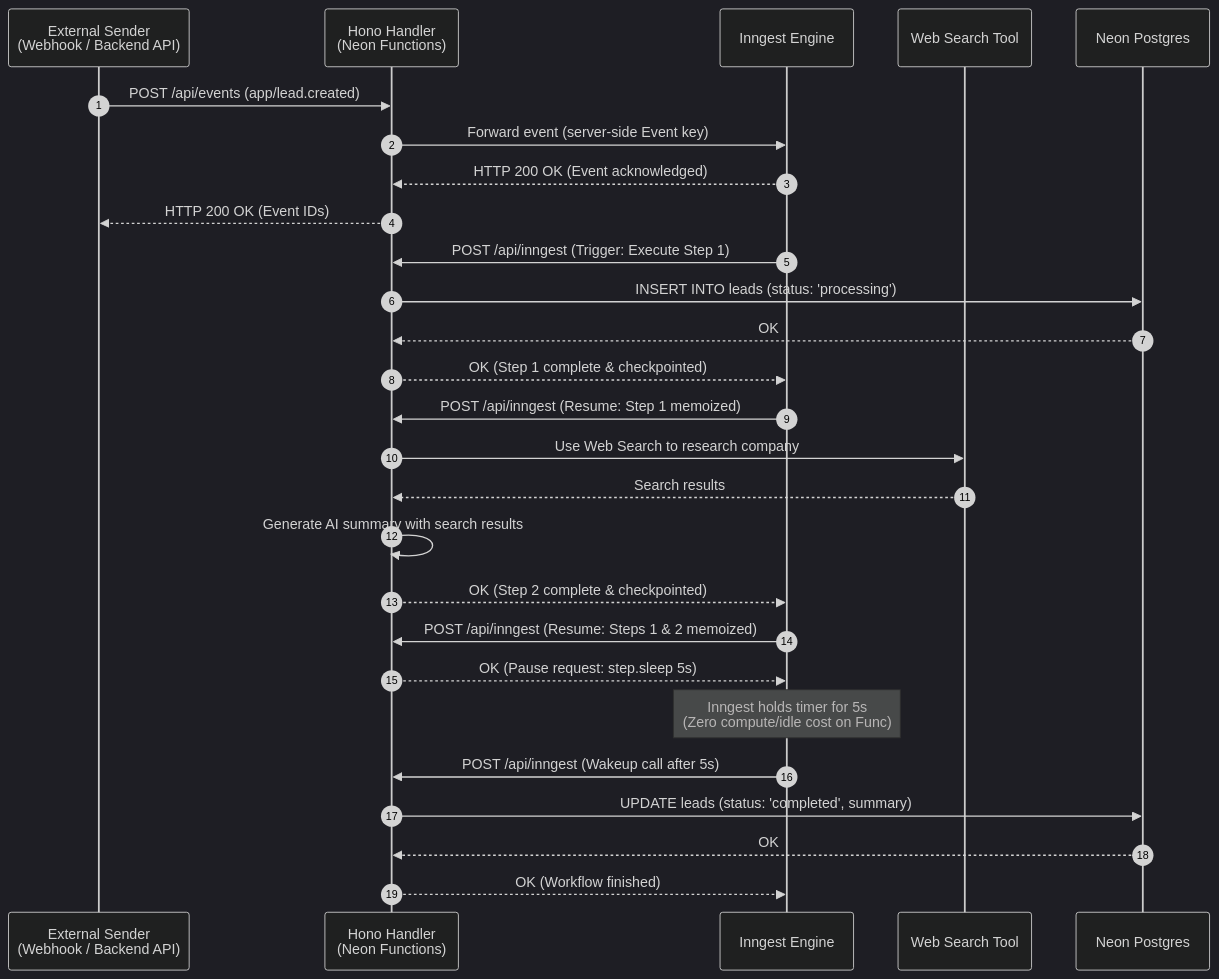
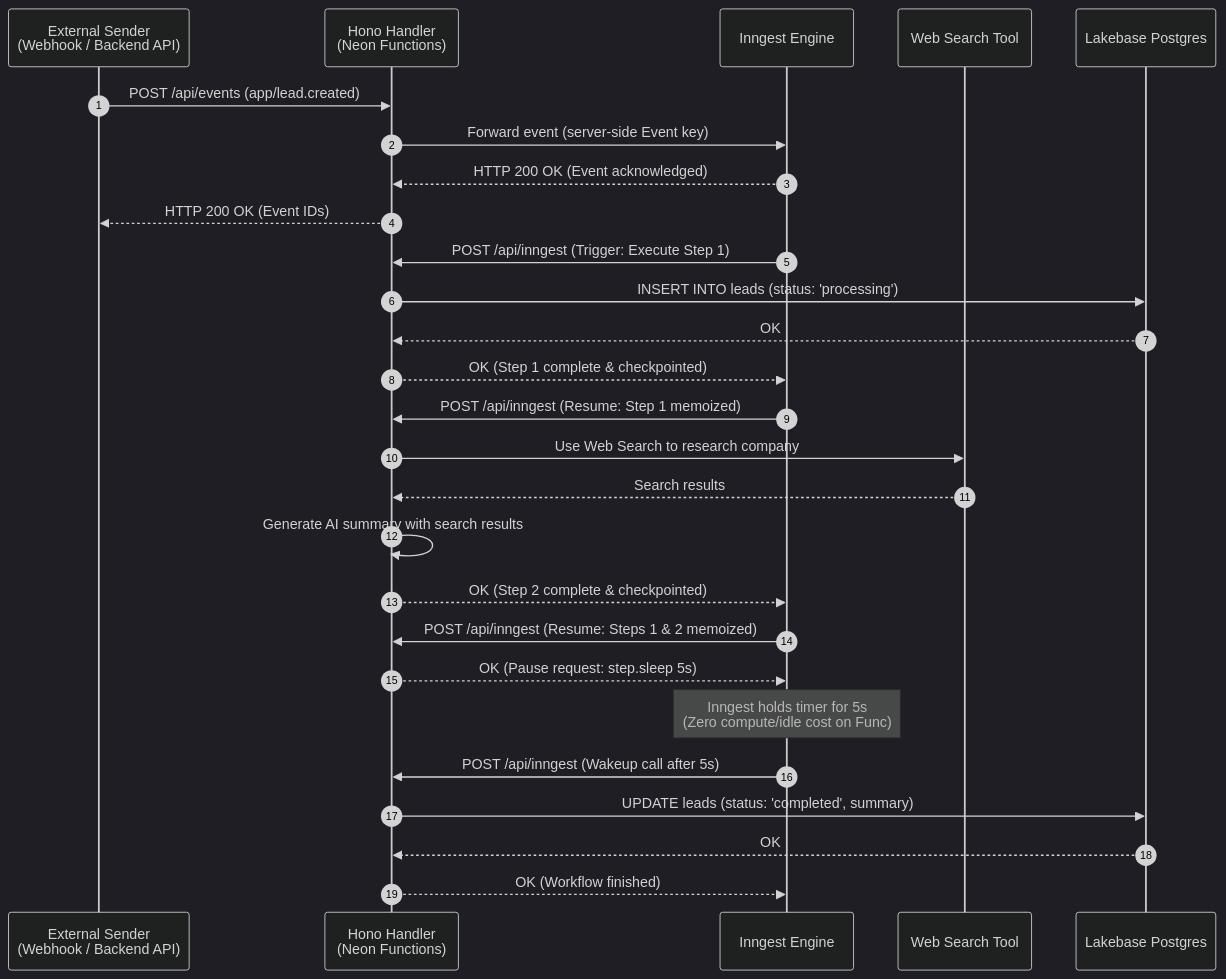
One commit to neondatabase/website changed the diagram in content/guides/durable-workflow-on-neon-functions.md. Above: the diagram before and after it, drawn with Mermaid (dark theme). The commit also changed other lines of this file and 176 other files, not shown here.

````diff
--- a/content/guides/durable-workflow-on-neon-functions.md
+++ b/content/guides/durable-workflow-on-neon-functions.md
@@ -35,40 +35,40 @@
 ```mermaid
 sequenceDiagram
     autonumber
     participant App as External Sender<br/>(Webhook / Backend API)
     participant Func as Hono Handler<br/>(Neon Functions)
     participant Inngest as Inngest Engine
     participant Search as Web Search Tool
-    participant DB as Neon Postgres
+    participant DB as Lakebase Postgres
 
     %% 1. Client sends event to proxy endpoint
     App->>Func: POST /api/events (app/lead.created)
     Func->>Inngest: Forward event (server-side Event key)
     Inngest-->>Func: HTTP 200 OK (Event acknowledged)
     Func-->>App: HTTP 200 OK (Event IDs)
 
     %% 2. Step 1: Save Lead
     Inngest->>Func: POST /api/inngest (Trigger: Execute Step 1)
     Func->>DB: INSERT INTO leads (status: 'processing')
     DB-->>Func: OK
     Func-->>Inngest: OK (Step 1 complete & checkpointed)
 
     %% 3. Step 2: Web Search + AI Summary
     Inngest->>Func: POST /api/inngest (Resume: Step 1 memoized)
     Func->>Search: Use Web Search to research company
     Search-->>Func: Search results
     Func->>Func: Generate AI summary with search results
     Func-->>Inngest: OK (Step 2 complete & checkpointed)
 
     %% 4. Step 3: Sleep Handshake
     Inngest->>Func: POST /api/inngest (Resume: Steps 1 & 2 memoized)
     Func-->>Inngest: OK (Pause request: step.sleep 5s)
 
     Note over Inngest: Inngest holds timer for 5s<br/>(Zero compute/idle cost on Func)
 
     %% 5. Step 4: Resume & Update DB
     Inngest->>Func: POST /api/inngest (Wakeup call after 5s)
     Func->>DB: UPDATE leads (status: 'completed', summary)
     DB-->>Func: OK
     Func-->>Inngest: OK (Workflow finished)
 ```
````
